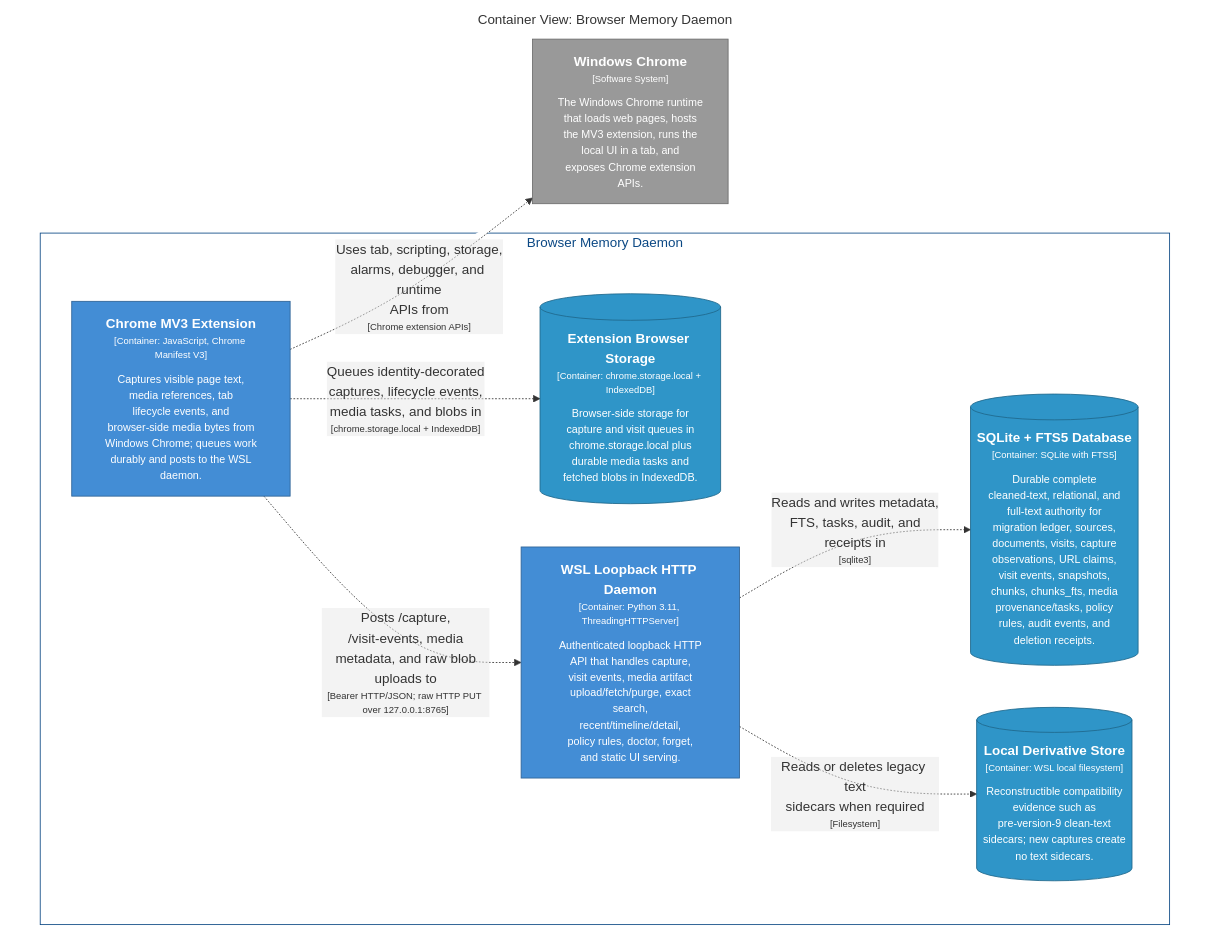
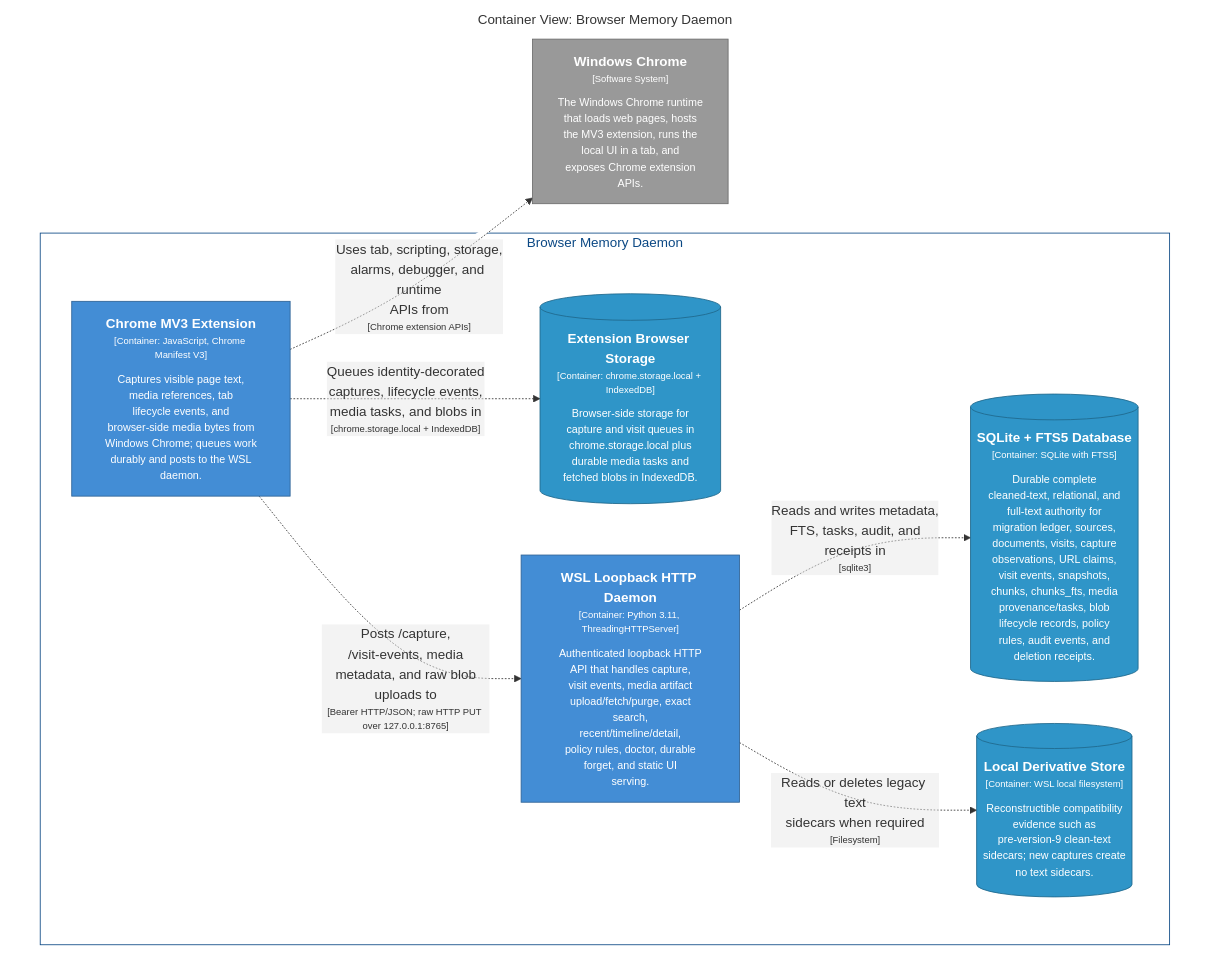
The diagram in docs/architecture/diagrams/markdown/CaptureContainers.md (michaelnicks0/browser-memory-daemon), drawn with Mermaid before and after one commit. The commit also changed 201 other files, not shown here.

````diff
--- a/docs/architecture/diagrams/markdown/CaptureContainers.md
+++ b/docs/architecture/diagrams/markdown/CaptureContainers.md
@@ -16,33 +16,33 @@
 ```mermaid
 graph TB
   linkStyle default fill:#ffffff
 
   subgraph diagram ["Container View: Browser Memory Daemon"]
     style diagram fill:#ffffff,stroke:#ffffff
 
     2["<div style='font-weight: bold'>Windows Chrome</div><div style='font-size: 70%; margin-top: 0px'>[Software System]</div><div style='font-size: 80%; margin-top:10px'>The Windows Chrome runtime<br />that loads web pages, hosts<br />the MV3 extension, runs the<br />local UI in a tab, and<br />exposes Chrome extension<br />APIs.</div>"]
     style 2 fill:#999999,stroke:#6b6b6b,color:#ffffff
 
     subgraph 4 ["Browser Memory Daemon"]
       style 4 fill:#ffffff,stroke:#0b4884,color:#0b4884
 
       13[("<div style='font-weight: bold'>Extension Browser Storage</div><div style='font-size: 70%; margin-top: 0px'>[Container: chrome.storage.local + IndexedDB]</div><div style='font-size: 80%; margin-top:10px'>Browser-side storage for<br />capture and visit queues in<br />chrome.storage.local plus<br />durable media tasks and<br />fetched blobs in IndexedDB.</div>")]
       style 13 fill:#2f95c8,stroke:#20688c,color:#ffffff
-      14["<div style='font-weight: bold'>WSL Loopback HTTP Daemon</div><div style='font-size: 70%; margin-top: 0px'>[Container: Python 3.11, ThreadingHTTPServer]</div><div style='font-size: 80%; margin-top:10px'>Authenticated loopback HTTP<br />API that handles capture,<br />visit events, media artifact<br />upload/fetch/purge, exact<br />search,<br />recent/timeline/detail,<br />policy rules, doctor, forget,<br />and static UI serving.</div>"]
+      14["<div style='font-weight: bold'>WSL Loopback HTTP Daemon</div><div style='font-size: 70%; margin-top: 0px'>[Container: Python 3.11, ThreadingHTTPServer]</div><div style='font-size: 80%; margin-top:10px'>Authenticated loopback HTTP<br />API that handles capture,<br />visit events, media artifact<br />upload/fetch/purge, exact<br />search,<br />recent/timeline/detail,<br />policy rules, doctor, durable<br />forget, and static UI<br />serving.</div>"]
       style 14 fill:#438dd5,stroke:#2e6295,color:#ffffff
-      29[("<div style='font-weight: bold'>SQLite + FTS5 Database</div><div style='font-size: 70%; margin-top: 0px'>[Container: SQLite with FTS5]</div><div style='font-size: 80%; margin-top:10px'>Durable complete<br />cleaned-text, relational, and<br />full-text authority for<br />migration ledger, sources,<br />documents, visits, capture<br />observations, URL claims,<br />visit events, snapshots,<br />chunks, chunks_fts, media<br />provenance/tasks, policy<br />rules, audit events, and<br />deletion receipts.</div>")]
-      style 29 fill:#2f95c8,stroke:#20688c,color:#ffffff
-      30[("<div style='font-weight: bold'>Local Derivative Store</div><div style='font-size: 70%; margin-top: 0px'>[Container: WSL local filesystem]</div><div style='font-size: 80%; margin-top:10px'>Reconstructible compatibility<br />evidence such as<br />pre-version-9 clean-text<br />sidecars; new captures create<br />no text sidecars.</div>")]
+      30[("<div style='font-weight: bold'>SQLite + FTS5 Database</div><div style='font-size: 70%; margin-top: 0px'>[Container: SQLite with FTS5]</div><div style='font-size: 80%; margin-top:10px'>Durable complete<br />cleaned-text, relational, and<br />full-text authority for<br />migration ledger, sources,<br />documents, visits, capture<br />observations, URL claims,<br />visit events, snapshots,<br />chunks, chunks_fts, media<br />provenance/tasks, blob<br />lifecycle records, policy<br />rules, audit events, and<br />deletion receipts.</div>")]
       style 30 fill:#2f95c8,stroke:#20688c,color:#ffffff
+      31[("<div style='font-weight: bold'>Local Derivative Store</div><div style='font-size: 70%; margin-top: 0px'>[Container: WSL local filesystem]</div><div style='font-size: 80%; margin-top:10px'>Reconstructible compatibility<br />evidence such as<br />pre-version-9 clean-text<br />sidecars; new captures create<br />no text sidecars.</div>")]
+      style 31 fill:#2f95c8,stroke:#20688c,color:#ffffff
       5["<div style='font-weight: bold'>Chrome MV3 Extension</div><div style='font-size: 70%; margin-top: 0px'>[Container: JavaScript, Chrome Manifest V3]</div><div style='font-size: 80%; margin-top:10px'>Captures visible page text,<br />media references, tab<br />lifecycle events, and<br />browser-side media bytes from<br />Windows Chrome; queues work<br />durably and posts to the WSL<br />daemon.</div>"]
       style 5 fill:#438dd5,stroke:#2e6295,color:#ffffff
     end
 
     5-. "<div>Uses tab, scripting, storage,<br />alarms, debugger, and runtime<br />APIs from</div><div style='font-size: 70%'>[Chrome extension APIs]</div>" .->2
     5-. "<div>Queues identity-decorated<br />captures, lifecycle events,<br />media tasks, and blobs in</div><div style='font-size: 70%'>[chrome.storage.local + IndexedDB]</div>" .->13
     5-. "<div>Posts /capture,<br />/visit-events, media<br />metadata, and raw blob<br />uploads to</div><div style='font-size: 70%'>[Bearer HTTP/JSON; raw HTTP PUT over 127.0.0.1:8765]</div>" .->14
-    14-. "<div>Reads and writes metadata,<br />FTS, tasks, audit, and<br />receipts in</div><div style='font-size: 70%'>[sqlite3]</div>" .->29
-    14-. "<div>Reads or deletes legacy text<br />sidecars when required</div><div style='font-size: 70%'>[Filesystem]</div>" .->30
+    14-. "<div>Reads and writes metadata,<br />FTS, tasks, audit, and<br />receipts in</div><div style='font-size: 70%'>[sqlite3]</div>" .->30
+    14-. "<div>Reads or deletes legacy text<br />sidecars when required</div><div style='font-size: 70%'>[Filesystem]</div>" .->31
 
   end
 ```
````
